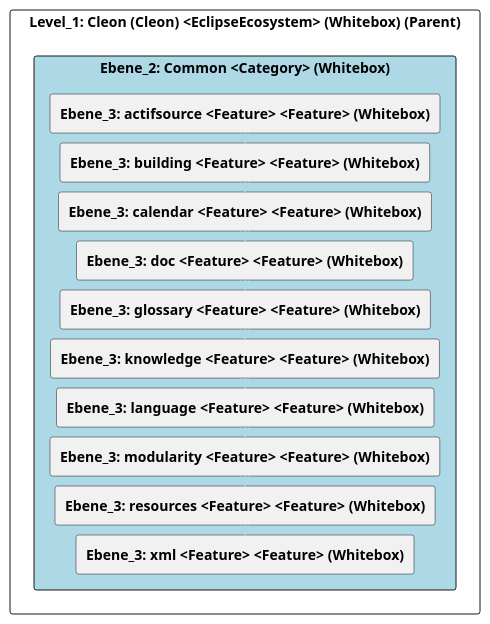
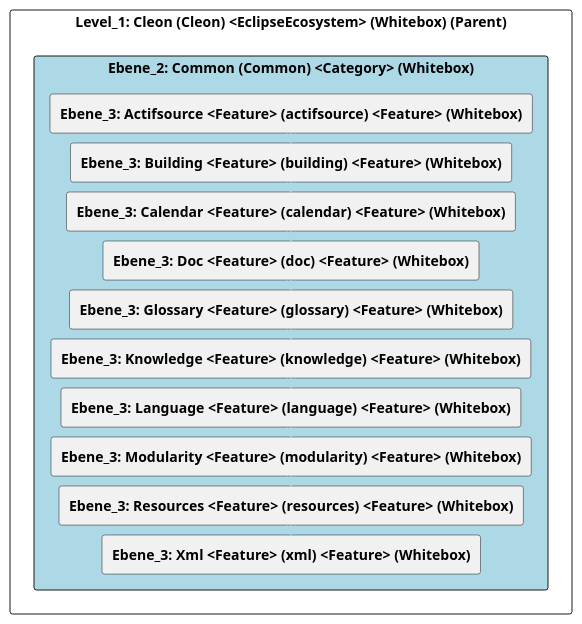
Before and after one commit to marcozwyssig/cleon: the diagram in doc/cleonproject_deliverables_architecture_model_architecture/adoc/de/05_bausteinsicht/cleon/common/ebene_2_common.adoc, drawn with PlantUML. The commit also changed other lines of this file and 166 other files, not shown here.

```diff
--- a/doc/cleonproject_deliverables_architecture_model_architecture/adoc/de/05_bausteinsicht/cleon/common/ebene_2_common.adoc
+++ b/doc/cleonproject_deliverables_architecture_model_architecture/adoc/de/05_bausteinsicht/cleon/common/ebene_2_common.adoc
@@ -24,44 +24,44 @@
-[plantuml, Ebene_2: Common <Category> (Whitebox)BlockOverview, format="svg"]
+[plantuml, Ebene_2: Common (Common) <Category> (Whitebox)BlockOverview, format="svg"]
 ----
-@startuml Ebene_2: Common <Category> (Whitebox)BuildingBlockOverview
+@startuml Ebene_2: Common (Common) <Category> (Whitebox)BuildingBlockOverview
 
 skinparam ranksep 10
 skinparam componentStyle rectangle
 skinparam shadowing false
 skinparam arrowColor lightblue
 skinparam arrowThickness 1.2
 skinparam rectangle {
   BackgroundColor White
   BorderColor #333
   RoundCorner 10
 }
 top to bottom direction
 
 component "Level_1: Cleon (Cleon) <EclipseEcosystem> (Whitebox) (Parent)" {
-    component "Ebene_2: Common <Category> (Whitebox)" #lightblue {
-        [**Ebene_3: actifsource <Feature> <Feature> (Whitebox)**] as 49057F3B_D579_11EE_903E_9F564E4DE07E
-        [**Ebene_3: building <Feature> <Feature> (Whitebox)**] as 49057F32_D579_11EE_903E_9F564E4DE07E
-        [**Ebene_3: calendar <Feature> <Feature> (Whitebox)**] as 49057F3C_D579_11EE_903E_9F564E4DE07E
-        [**Ebene_3: doc <Feature> <Feature> (Whitebox)**] as 4905581D_D579_11EE_903E_9F564E4DE07E
-        [**Ebene_3: glossary <Feature> <Feature> (Whitebox)**] as 4905581A_D579_11EE_903E_9F564E4DE07E
-        [**Ebene_3: knowledge <Feature> <Feature> (Whitebox)**] as 4905581E_D579_11EE_903E_9F564E4DE07E
-        [**Ebene_3: language <Feature> <Feature> (Whitebox)**] as 49055819_D579_11EE_903E_9F564E4DE07E
-        [**Ebene_3: modularity <Feature> <Feature> (Whitebox)**] as 4905A64F_D579_11EE_903E_9F564E4DE07E
-        [**Ebene_3: resources <Feature> <Feature> (Whitebox)**] as 49055820_D579_11EE_903E_9F564E4DE07E
-        [**Ebene_3: xml <Feature> <Feature> (Whitebox)**] as 4905581F_D579_11EE_903E_9F564E4DE07E
+    component "Ebene_2: Common (Common) <Category> (Whitebox)" #lightblue {
+        [**Ebene_3: Actifsource <Feature> (actifsource) <Feature> (Whitebox)**] as 49057F3B_D579_11EE_903E_9F564E4DE07E
+        [**Ebene_3: Building <Feature> (building) <Feature> (Whitebox)**] as 49057F32_D579_11EE_903E_9F564E4DE07E
+        [**Ebene_3: Calendar <Feature> (calendar) <Feature> (Whitebox)**] as 49057F3C_D579_11EE_903E_9F564E4DE07E
+        [**Ebene_3: Doc <Feature> (doc) <Feature> (Whitebox)**] as 4905581D_D579_11EE_903E_9F564E4DE07E
+        [**Ebene_3: Glossary <Feature> (glossary) <Feature> (Whitebox)**] as 4905581A_D579_11EE_903E_9F564E4DE07E
+        [**Ebene_3: Knowledge <Feature> (knowledge) <Feature> (Whitebox)**] as 4905581E_D579_11EE_903E_9F564E4DE07E
+        [**Ebene_3: Language <Feature> (language) <Feature> (Whitebox)**] as 49055819_D579_11EE_903E_9F564E4DE07E
+        [**Ebene_3: Modularity <Feature> (modularity) <Feature> (Whitebox)**] as 4905A64F_D579_11EE_903E_9F564E4DE07E
+        [**Ebene_3: Resources <Feature> (resources) <Feature> (Whitebox)**] as 49055820_D579_11EE_903E_9F564E4DE07E
+        [**Ebene_3: Xml <Feature> (xml) <Feature> (Whitebox)**] as 4905581F_D579_11EE_903E_9F564E4DE07E
     }
 
     49057F3B_D579_11EE_903E_9F564E4DE07E -down-> 49057F32_D579_11EE_903E_9F564E4DE07E
     49057F32_D579_11EE_903E_9F564E4DE07E -down-> 49057F3C_D579_11EE_903E_9F564E4DE07E
     49057F3C_D579_11EE_903E_9F564E4DE07E -down-> 4905581D_D579_11EE_903E_9F564E4DE07E
     4905581D_D579_11EE_903E_9F564E4DE07E -down-> 4905581A_D579_11EE_903E_9F564E4DE07E
     4905581A_D579_11EE_903E_9F564E4DE07E -down-> 4905581E_D579_11EE_903E_9F564E4DE07E
     4905581E_D579_11EE_903E_9F564E4DE07E -down-> 49055819_D579_11EE_903E_9F564E4DE07E
     49055819_D579_11EE_903E_9F564E4DE07E -down-> 4905A64F_D579_11EE_903E_9F564E4DE07E
     4905A64F_D579_11EE_903E_9F564E4DE07E -down-> 49055820_D579_11EE_903E_9F564E4DE07E
     49055820_D579_11EE_903E_9F564E4DE07E -down-> 4905581F_D579_11EE_903E_9F564E4DE07E
     
 }
 
 @enduml
 ----
```
